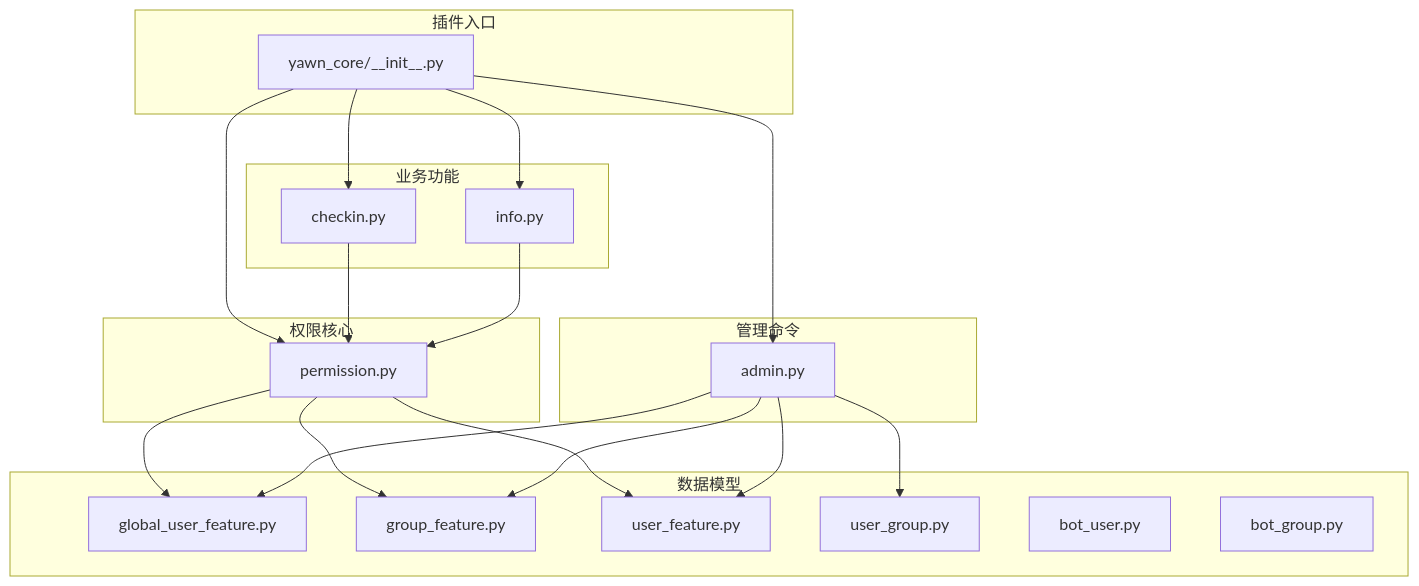
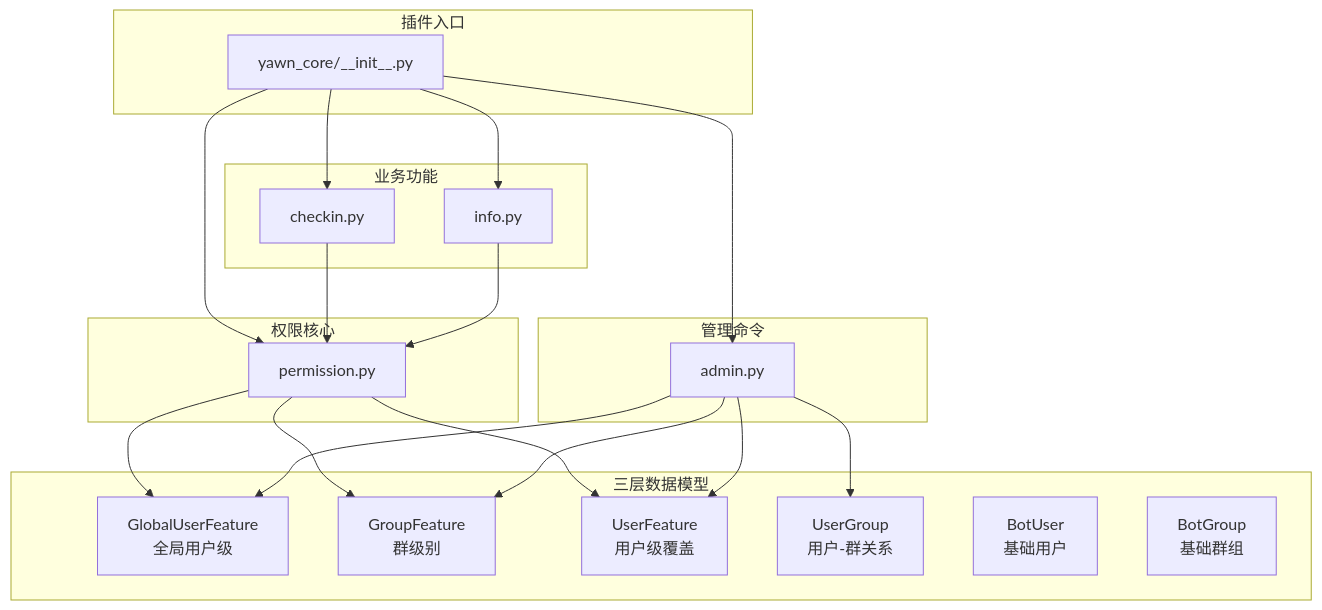
The first of 7 diagrams in .qoder/repowiki/zh/content/核心功能模块/权限控制系统.md (Wohaokunr/yawn_bot), drawn with Mermaid before and after one commit. The commit also changed other lines of this file and 14 other files, not shown here.

````diff
--- a/.qoder/repowiki/zh/content/核心功能模块/权限控制系统.md
+++ b/.qoder/repowiki/zh/content/核心功能模块/权限控制系统.md
@@ -42,37 +50,37 @@
 ```mermaid
 graph TB
 subgraph "插件入口"
 A["yawn_core/__init__.py"]
 end
 subgraph "权限核心"
 B["permission.py"]
 end
 subgraph "管理命令"
 C["admin.py"]
 end
 subgraph "业务功能"
 D["checkin.py"]
 E["info.py"]
 end
-subgraph "数据模型"
-F["global_user_feature.py"]
-G["group_feature.py"]
-H["user_feature.py"]
-I["user_group.py"]
-J["bot_user.py"]
-K["bot_group.py"]
+subgraph "三层数据模型"
+F["GlobalUserFeature<br/>全局用户级"]
+G["GroupFeature<br/>群级别"]
+H["UserFeature<br/>用户级覆盖"]
+I["UserGroup<br/>用户-群关系"]
+J["BotUser<br/>基础用户"]
+K["BotGroup<br/>基础群组"]
 end
 A --> B
 A --> C
 A --> D
 A --> E
 B --> F
 B --> G
 B --> H
 C --> F
 C --> G
 C --> H
 C --> I
 D --> B
 E --> B
 ```
````
